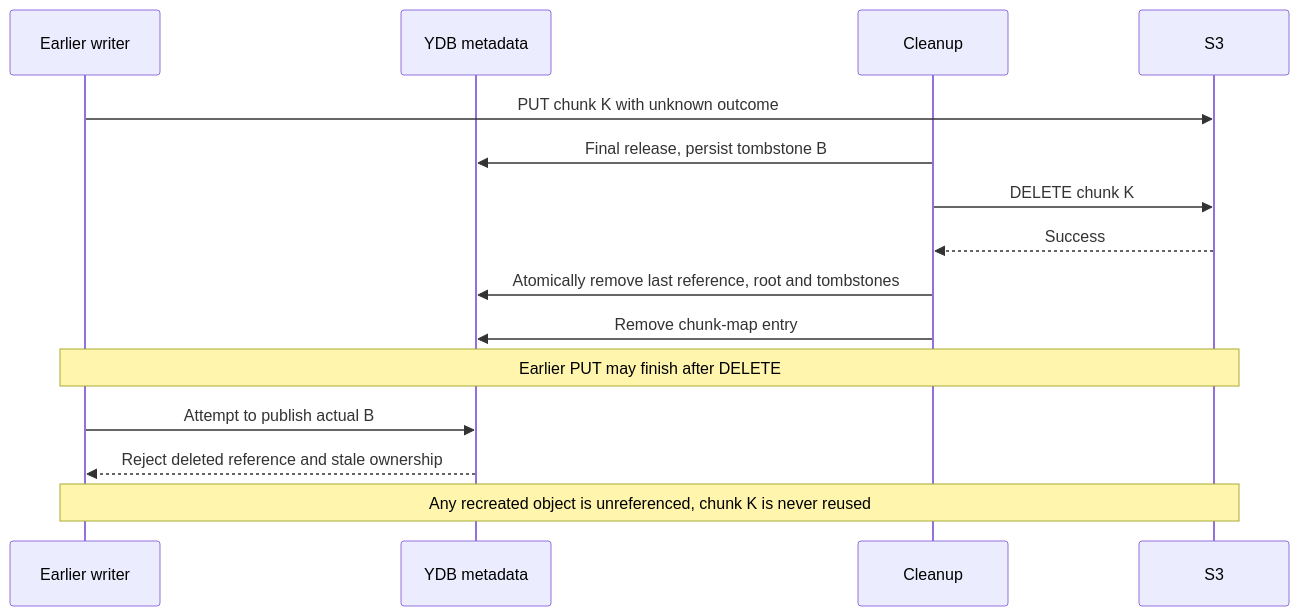
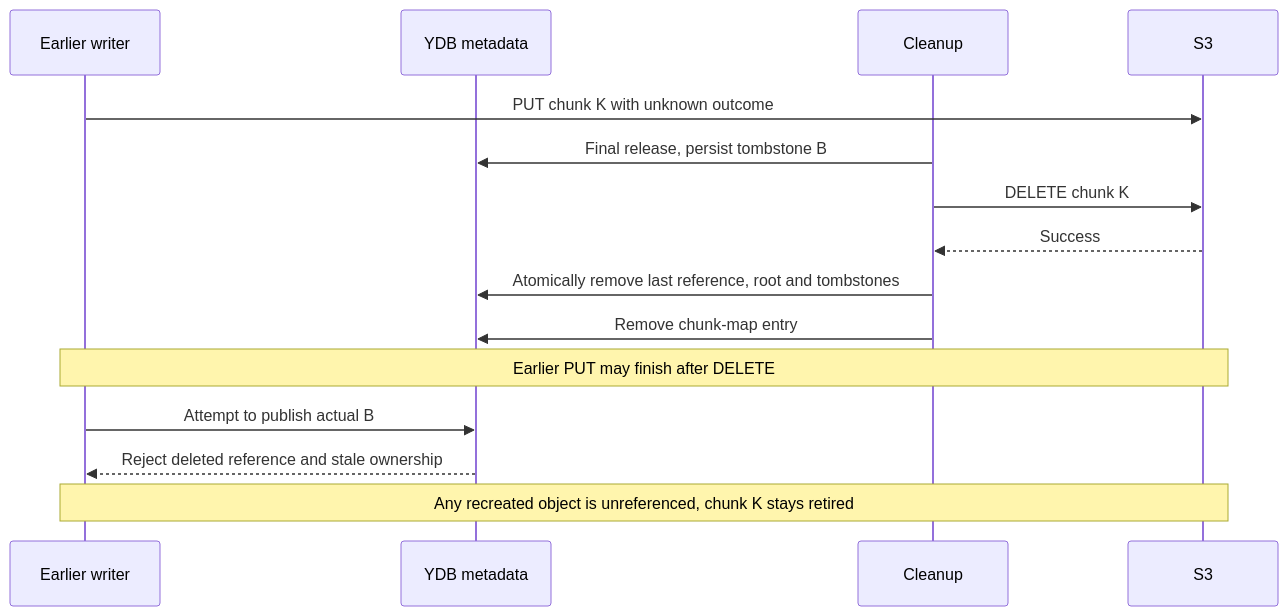
Before and after one commit to ydb-platform/nbs: the seventh of 10 diagrams in doc/disk_manager/chunk_storage/design_doc.md, drawn with Mermaid. The commit also changed other lines of this file, not shown here.

````diff
--- a/doc/disk_manager/chunk_storage/design_doc.md
+++ b/doc/disk_manager/chunk_storage/design_doc.md
@@ -293,17 +289,17 @@
 ```mermaid
 sequenceDiagram
     participant Writer as Earlier writer
     participant DB as YDB metadata
     participant Cleanup
     participant S3
     Writer->>S3: PUT chunk K with unknown outcome
     Cleanup->>DB: Final release, persist tombstone B
     Cleanup->>S3: DELETE chunk K
     S3-->>Cleanup: Success
     Cleanup->>DB: Atomically remove last reference, root and tombstones
     Cleanup->>DB: Remove chunk-map entry
     Note over Writer,S3: Earlier PUT may finish after DELETE
     Writer->>DB: Attempt to publish actual B
     DB-->>Writer: Reject deleted reference and stale ownership
-    Note over Writer,S3: Any recreated object is unreferenced, chunk K is never reused
+    Note over Writer,S3: Any recreated object is unreferenced, chunk K stays retired
 ```
````
